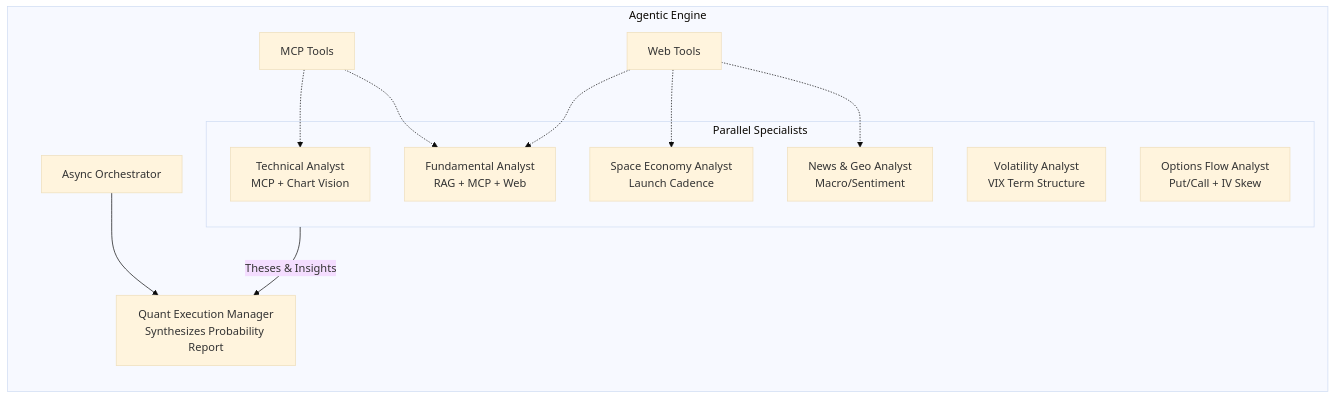
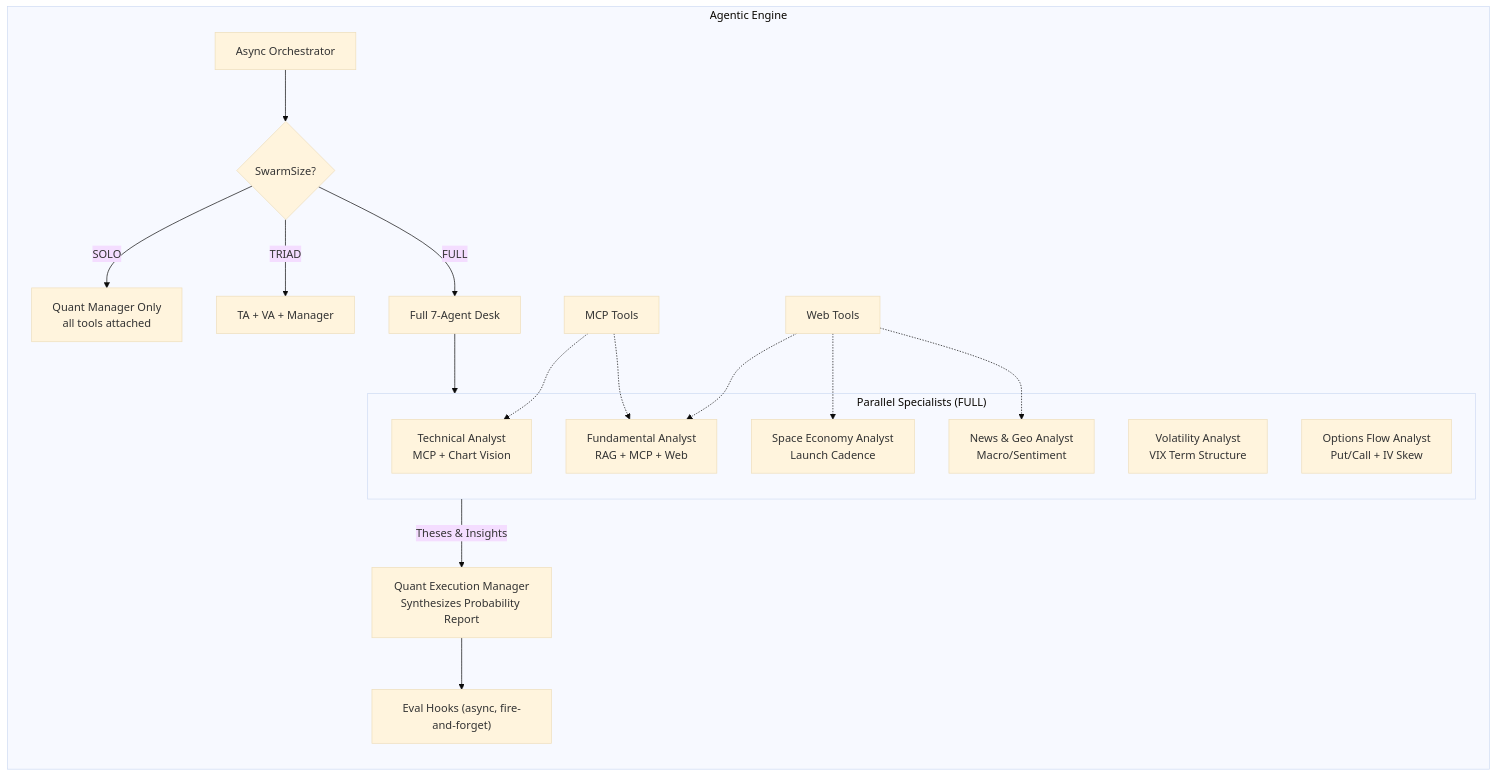
Before and after one commit to nissimrencohen/qst-autonomous-ai-trading-desk: the second of 3 diagrams in docs/SYSTEM_OVERVIEW.md, drawn with Mermaid (base theme). The commit also changed other lines of this file and 3 other files, not shown here.

First line of the commit message:
docs: update all docs with EVAL Research Lab system documentation

````diff
--- a/docs/SYSTEM_OVERVIEW.md
+++ b/docs/SYSTEM_OVERVIEW.md
@@ -213,25 +243,31 @@
 ```mermaid
 graph TD
   subgraph Agentic Engine
     direction TB
-    ORCH[Async Orchestrator] --> MANAGER
+    ORCH[Async Orchestrator] --> SWARM_CFG{SwarmSize?}
+    SWARM_CFG -->|SOLO| MANAGER_SOLO[Quant Manager Only<br>all tools attached]
+    SWARM_CFG -->|TRIAD| TRIAD_CREW[TA + VA + Manager]
+    SWARM_CFG -->|FULL| FULL_CREW[Full 7-Agent Desk]
     
-    subgraph Analysts [Parallel Specialists]
+    subgraph Analysts ["Parallel Specialists (FULL)"]
       TA[Technical Analyst<br>MCP + Chart Vision]
       FA[Fundamental Analyst<br>RAG + MCP + Web]
       VA[Volatility Analyst<br>VIX Term Structure]
       OA[Options Flow Analyst<br>Put/Call + IV Skew]
       SA[Space Economy Analyst<br>Launch Cadence]
       NA[News & Geo Analyst<br>Macro/Sentiment]
     end
     
+    FULL_CREW --> Analysts
     Analysts -->|Theses & Insights| MANAGER[Quant Execution Manager<br>Synthesizes Probability Report]
     
     %% Data Sources
     MCP[MCP Tools] -.-> TA
     MCP -.-> FA
     WEB[Web Tools] -.-> FA
     WEB -.-> SA
     WEB -.-> NA
+    
+    MANAGER --> EVAL_HOOK["Eval Hooks (async, fire-and-forget)"]
   end
 ```
````
